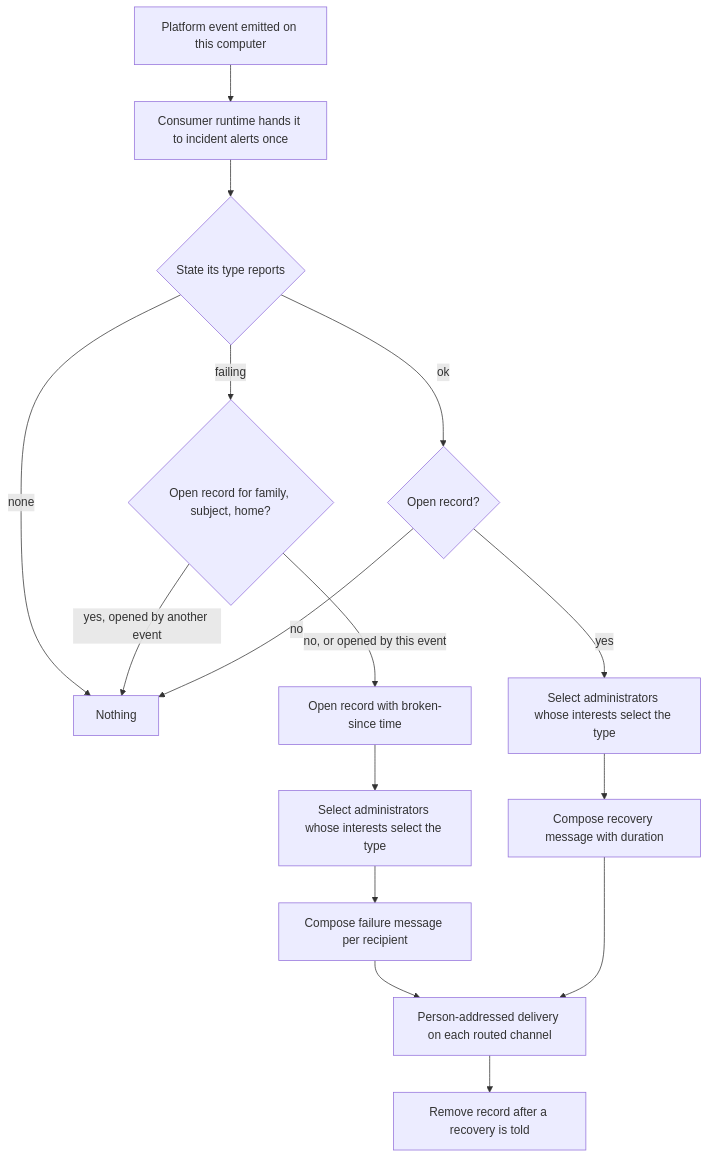
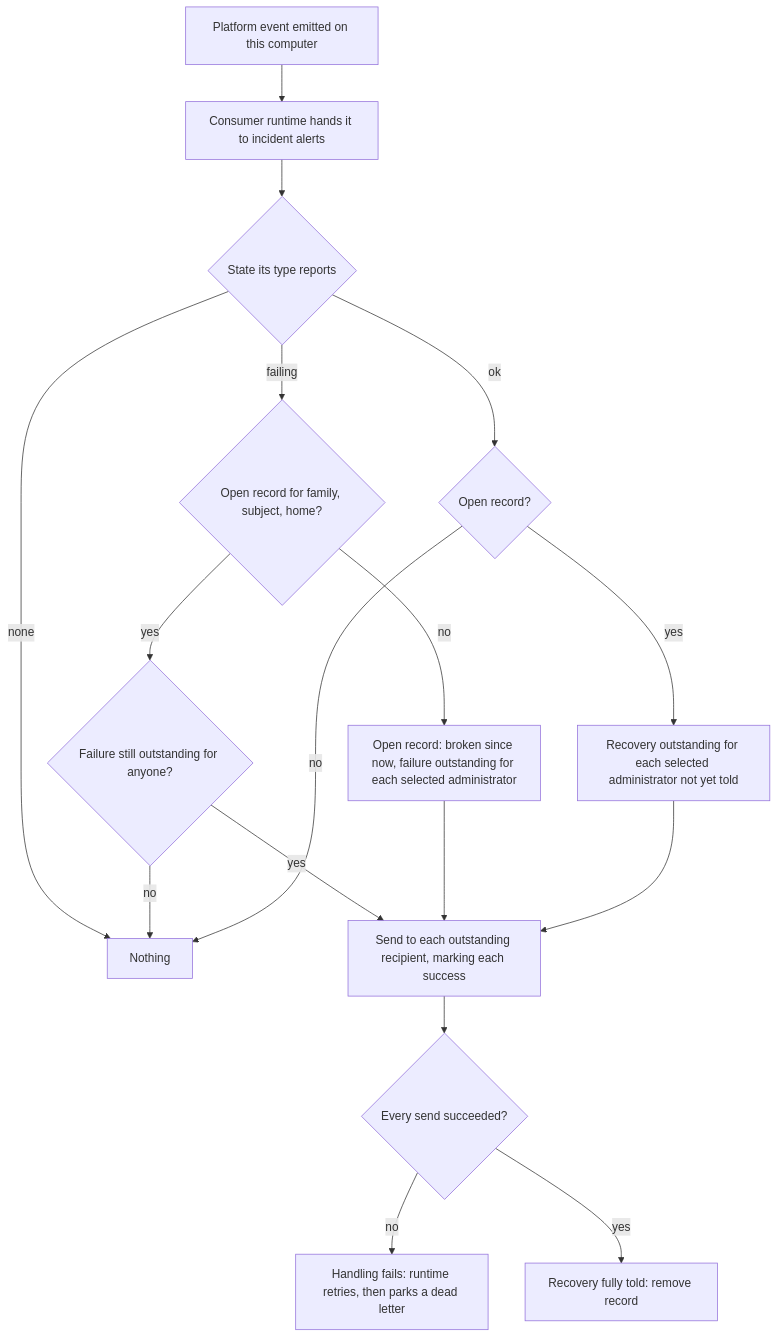
Before and after one commit to InstruktAI/TeleClaude: the diagram in docs/local/design/architecture/notification-delivery.platform-alerts.md, drawn with Mermaid. The commit also changed other lines of this file and 5 other files, not shown here.

First line of the commit message:
docs(notifications): keep alerts outstanding until delivered and retire wire facts on the fleet's answer [skip ci]

````diff
--- a/docs/local/design/architecture/notification-delivery.platform-alerts.md
+++ b/docs/local/design/architecture/notification-delivery.platform-alerts.md
@@ -97,18 +118,19 @@
 ```mermaid
 flowchart TD
-    E[Platform event emitted on this computer] --> R[Consumer runtime hands it to incident alerts once]
+    E[Platform event emitted on this computer] --> R[Consumer runtime hands it to incident alerts]
     R --> S{State its type reports}
     S -- none --> N[Nothing]
     S -- failing --> F{Open record for family, subject, home?}
-    F -- yes, opened by another event --> N
-    F -- no, or opened by this event --> O[Open record with broken-since time]
-    O --> A[Select administrators whose interests select the type]
+    F -- no --> O[Open record: broken since now, failure outstanding for each selected administrator]
+    F -- yes --> P{Failure still outstanding for anyone?}
+    P -- no --> N
+    P -- yes --> D
+    O --> D[Send to each outstanding recipient, marking each success]
     S -- ok --> K{Open record?}
     K -- no --> N
-    K -- yes --> A2[Select administrators whose interests select the type]
-    A --> M[Compose failure message per recipient]
-    A2 --> M2[Compose recovery message with duration]
-    M --> D[Person-addressed delivery on each routed channel]
-    M2 --> D
-    D --> X[Remove record after a recovery is told]
+    K -- yes --> Q[Recovery outstanding for each selected administrator not yet told]
+    Q --> D
+    D --> G{Every send succeeded?}
+    G -- no --> T[Handling fails: runtime retries, then parks a dead letter]
+    G -- yes --> X[Recovery fully told: remove record]
 ```
````
